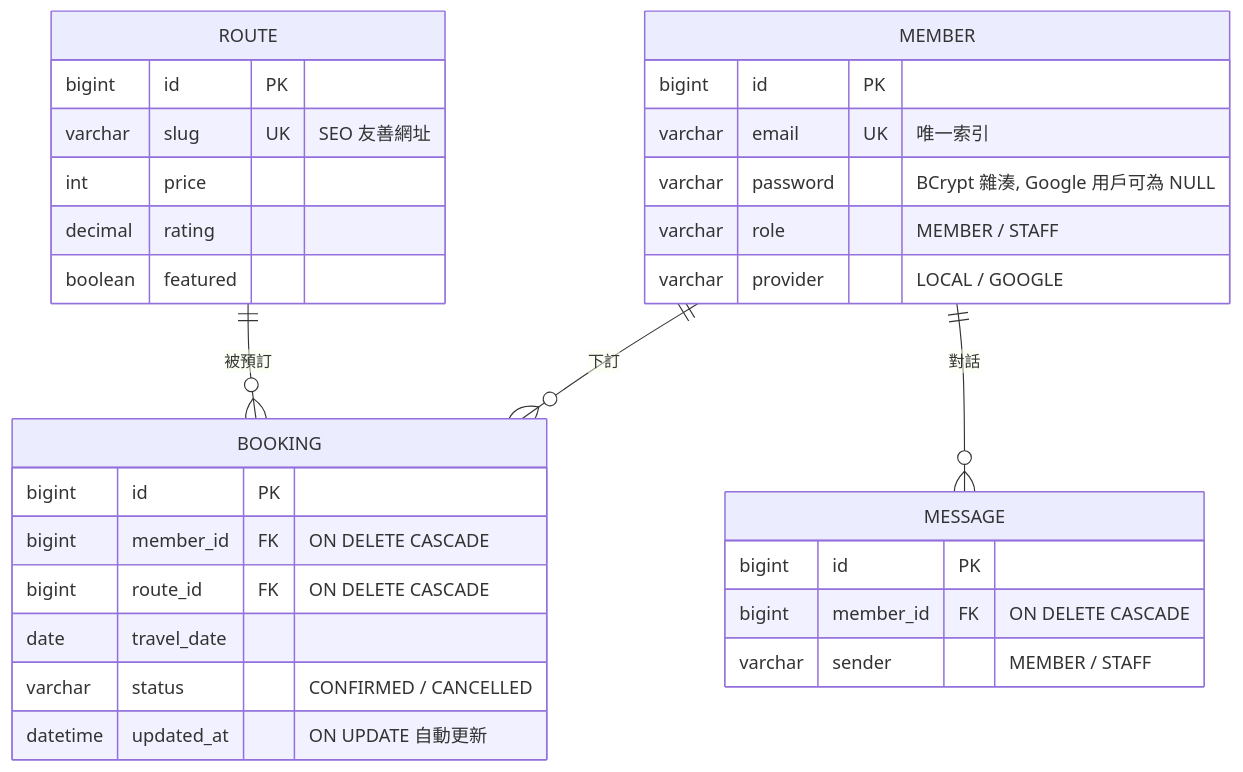
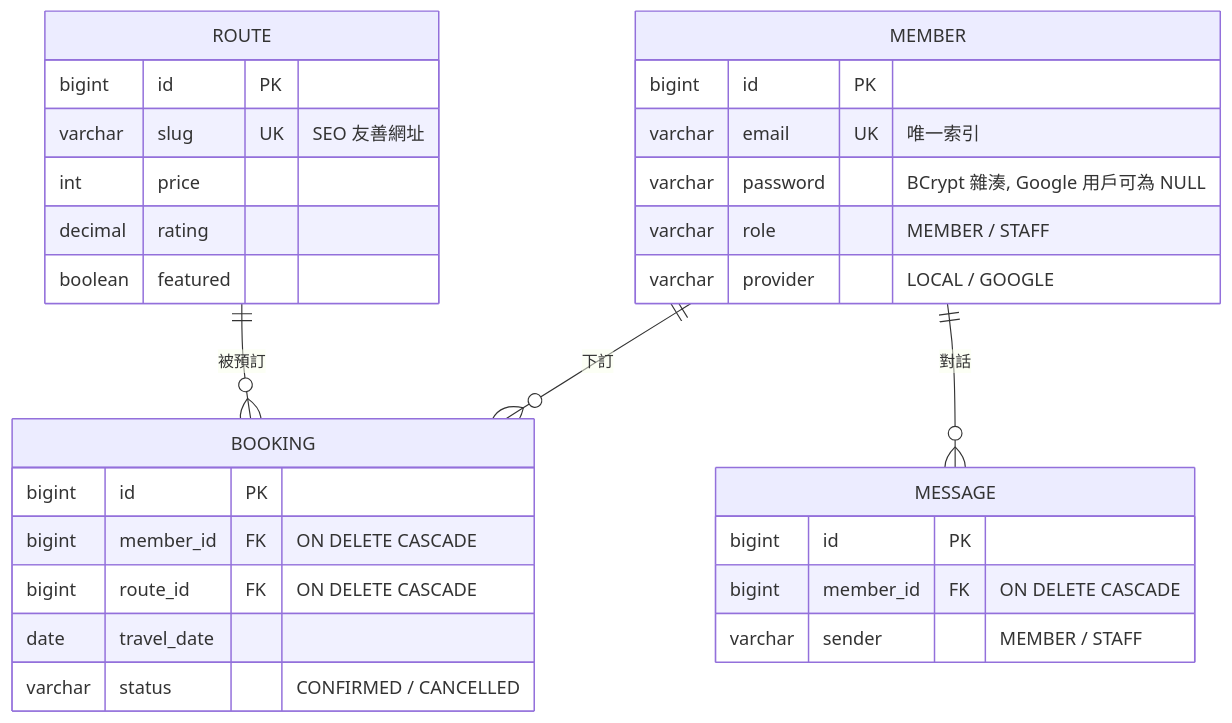
One commit to kensong0518/voyago-fullstack changed the second of 2 diagrams in README.md. Above: the diagram before and after it, drawn with Mermaid. The commit also changed other lines of this file and 1 other file, not shown here.

````diff
--- a/README.md
+++ b/README.md
@@ -263,34 +187,33 @@
 ```mermaid
 erDiagram
     MEMBER ||--o{ BOOKING : "下訂"
     ROUTE  ||--o{ BOOKING : "被預訂"
     MEMBER ||--o{ MESSAGE : "對話"
 
     MEMBER {
         bigint id PK
         varchar email UK "唯一索引"
         varchar password "BCrypt 雜湊, Google 用戶可為 NULL"
         varchar role "MEMBER / STAFF"
         varchar provider "LOCAL / GOOGLE"
     }
     ROUTE {
         bigint id PK
         varchar slug UK "SEO 友善網址"
         int price
         decimal rating
         boolean featured
     }
     BOOKING {
         bigint id PK
         bigint member_id FK "ON DELETE CASCADE"
         bigint route_id FK "ON DELETE CASCADE"
         date travel_date
         varchar status "CONFIRMED / CANCELLED"
-        datetime updated_at "ON UPDATE 自動更新"
     }
     MESSAGE {
         bigint id PK
         bigint member_id FK "ON DELETE CASCADE"
         varchar sender "MEMBER / STAFF"
     }
 ```
````
